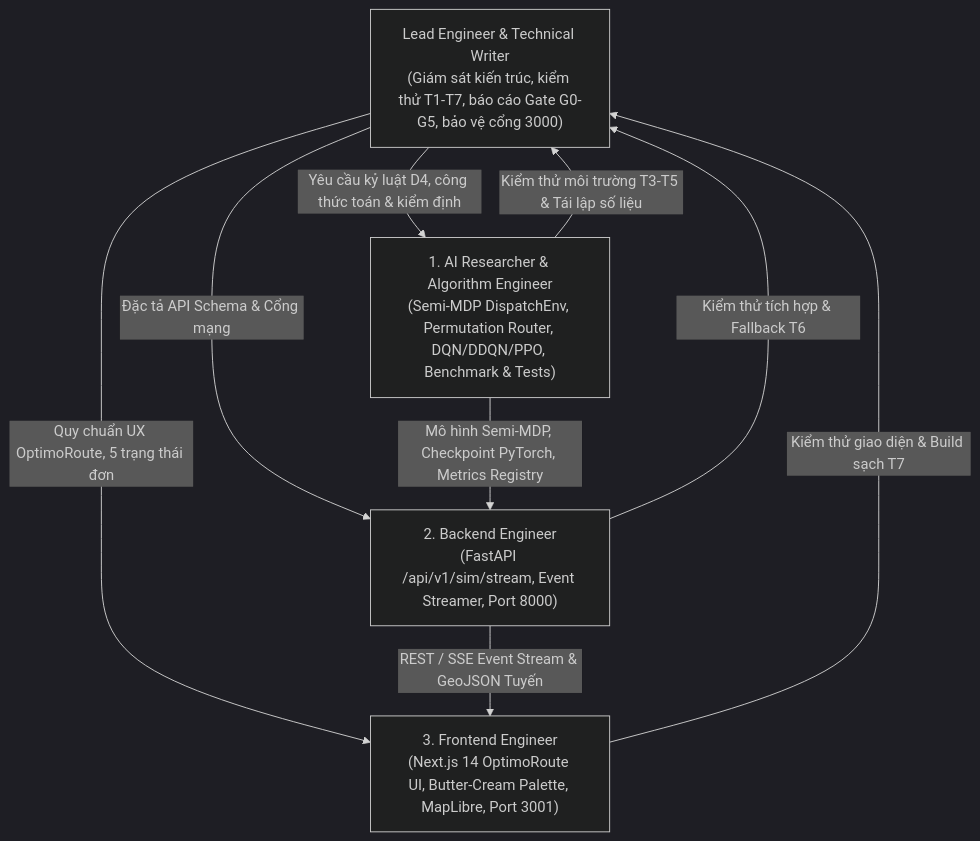
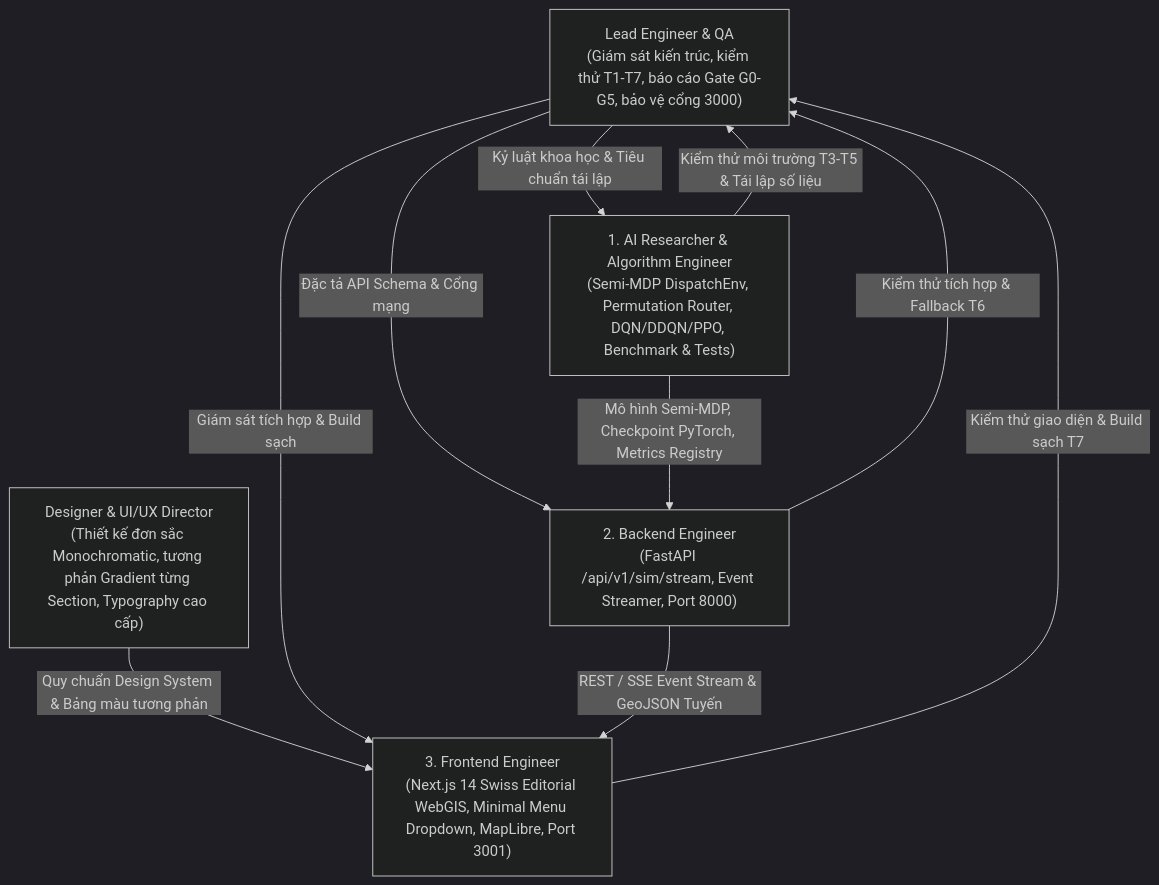
One commit to philipsgn/HotWAY changed the diagram in AGENTS.md. Above: the diagram before and after it, drawn with Mermaid (dark theme). The commit also changed other lines of this file and 4 other files, not shown here.

````diff
--- a/AGENTS.md
+++ b/AGENTS.md
@@ -14,19 +14,20 @@
 ```mermaid
 flowchart TD
-    Lead["Lead Engineer & Technical Writer\n(Giám sát kiến trúc, kiểm thử T1-T7, báo cáo Gate G0-G5, bảo vệ cổng 3000)"]
-    
+    Lead["Lead Engineer & QA\n(Giám sát kiến trúc, kiểm thử T1-T7, báo cáo Gate G0-G5, bảo vệ cổng 3000)"]
+    Designer["Designer & UI/UX Director\n(Thiết kế đơn sắc Monochromatic, tương phản Gradient từng Section, Typography cao cấp)"]
     Algo["1. AI Researcher & Algorithm Engineer\n(Semi-MDP DispatchEnv, Permutation Router, DQN/DDQN/PPO, Benchmark & Tests)"]
     BE["2. Backend Engineer\n(FastAPI /api/v1/sim/stream, Event Streamer, Port 8000)"]
-    FE["3. Frontend Engineer\n(Next.js 14 OptimoRoute UI, Butter-Cream Palette, MapLibre, Port 3001)"]
+    FE["3. Frontend Engineer\n(Next.js 14 Swiss Editorial WebGIS, Minimal Menu Dropdown, MapLibre, Port 3001)"]
 
-    Lead -->|Yêu cầu kỷ luật D4, công thức toán & kiểm định| Algo
+    Lead -->|Kỷ luật khoa học & Tiêu chuẩn tái lập| Algo
     Lead -->|Đặc tả API Schema & Cổng mạng| BE
-    Lead -->|Quy chuẩn UX OptimoRoute, 5 trạng thái đơn| FE
+    Designer -->|Quy chuẩn Design System & Bảng màu tương phản| FE
+    Lead -->|Giám sát tích hợp & Build sạch| FE
 
     Algo -->|Mô hình Semi-MDP, Checkpoint PyTorch, Metrics Registry| BE
     BE -->|REST / SSE Event Stream & GeoJSON Tuyến| FE
 
     Algo -->|Kiểm thử môi trường T3-T5 & Tái lập số liệu| Lead
     BE -->|Kiểm thử tích hợp & Fallback T6| Lead
     FE -->|Kiểm thử giao diện & Build sạch T7| Lead
 ```
````
